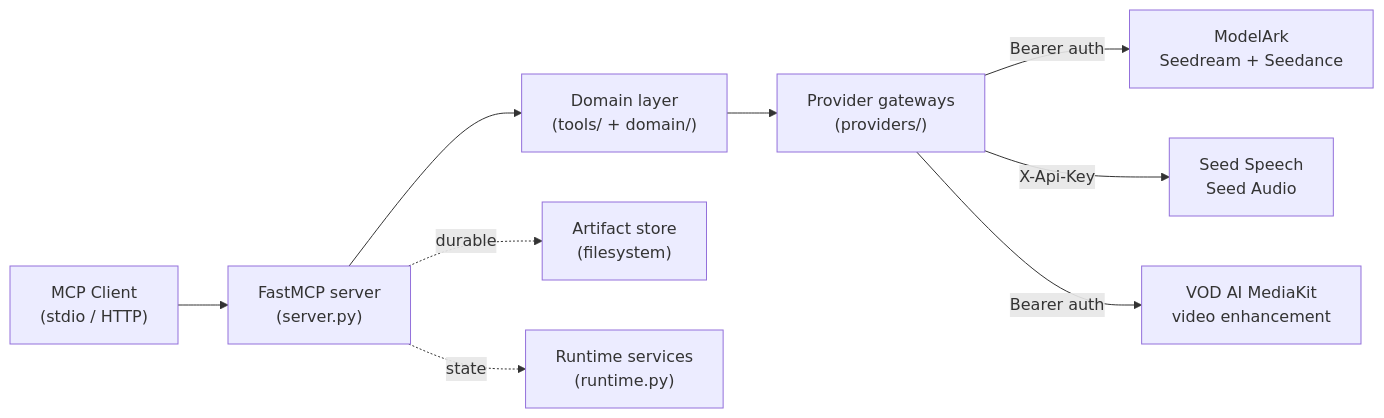
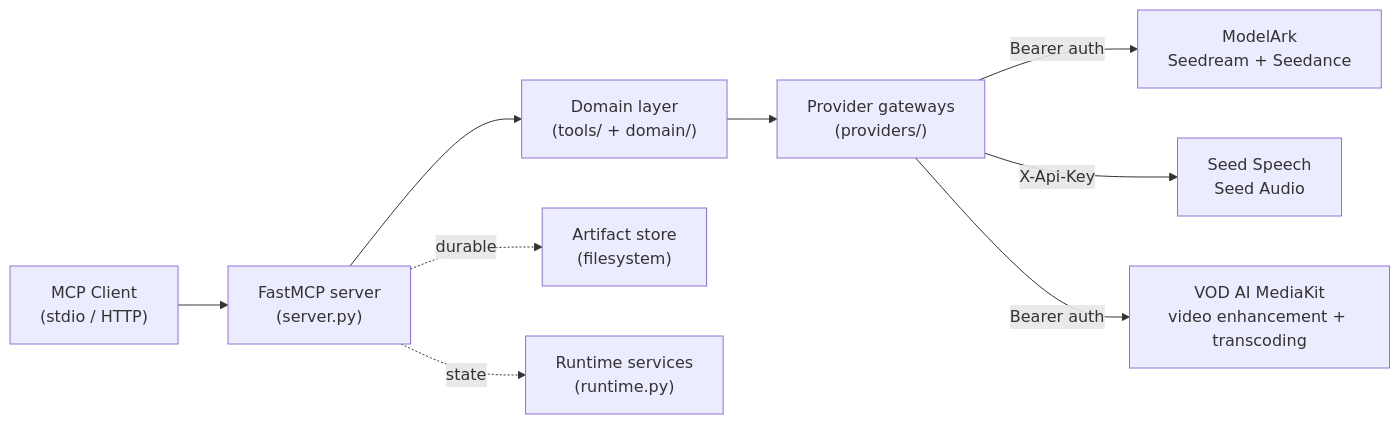
One commit to byteplus-sa/modelark-mcp changed the first of 3 diagrams in docs/architecture.md. Above: the diagram before and after it, drawn with Mermaid. The commit also changed other lines of this file and 24 other files, not shown here.

First line of the commit message:
feat: add BytePlus VOD AI MediaKit video transcoding

````diff
--- a/docs/architecture.md
+++ b/docs/architecture.md
@@ -55,11 +55,11 @@
 ```mermaid
 flowchart LR
     Client["MCP Client\n(stdio / HTTP)"] --> Server["FastMCP server\n(server.py)"]
     Server --> Domain["Domain layer\n(tools/ + domain/)"]
     Domain --> Gateway["Provider gateways\n(providers/)"]
     Gateway -->|"Bearer auth"| ModelArk["ModelArk\nSeedream + Seedance"]
     Gateway -->|"X-Api-Key"| SeedSpeech["Seed Speech\nSeed Audio"]
-    Gateway -->|"Bearer auth"| MediaKit["VOD AI MediaKit\nvideo enhancement"]
+    Gateway -->|"Bearer auth"| MediaKit["VOD AI MediaKit\nvideo enhancement + transcoding"]
     Server -.durable.-> Store["Artifact store\n(filesystem)"]
     Server -.state.-> Runtime["Runtime services\n(runtime.py)"]
 ```
````
